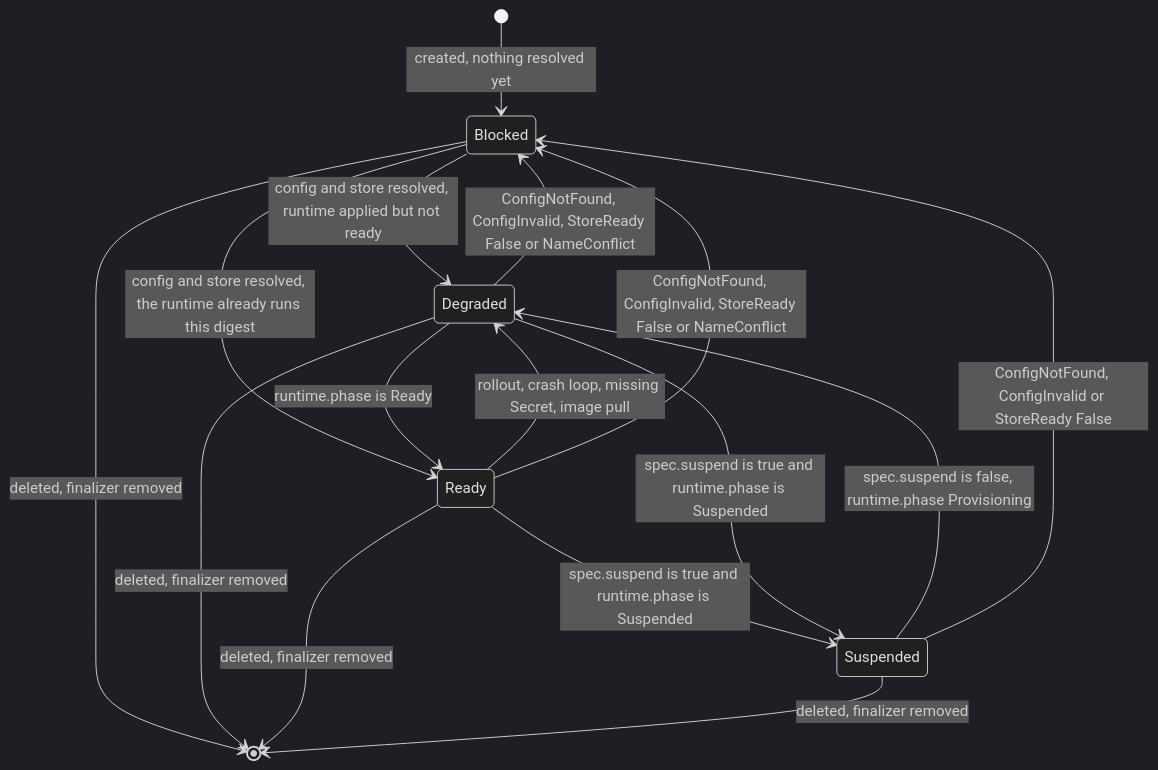
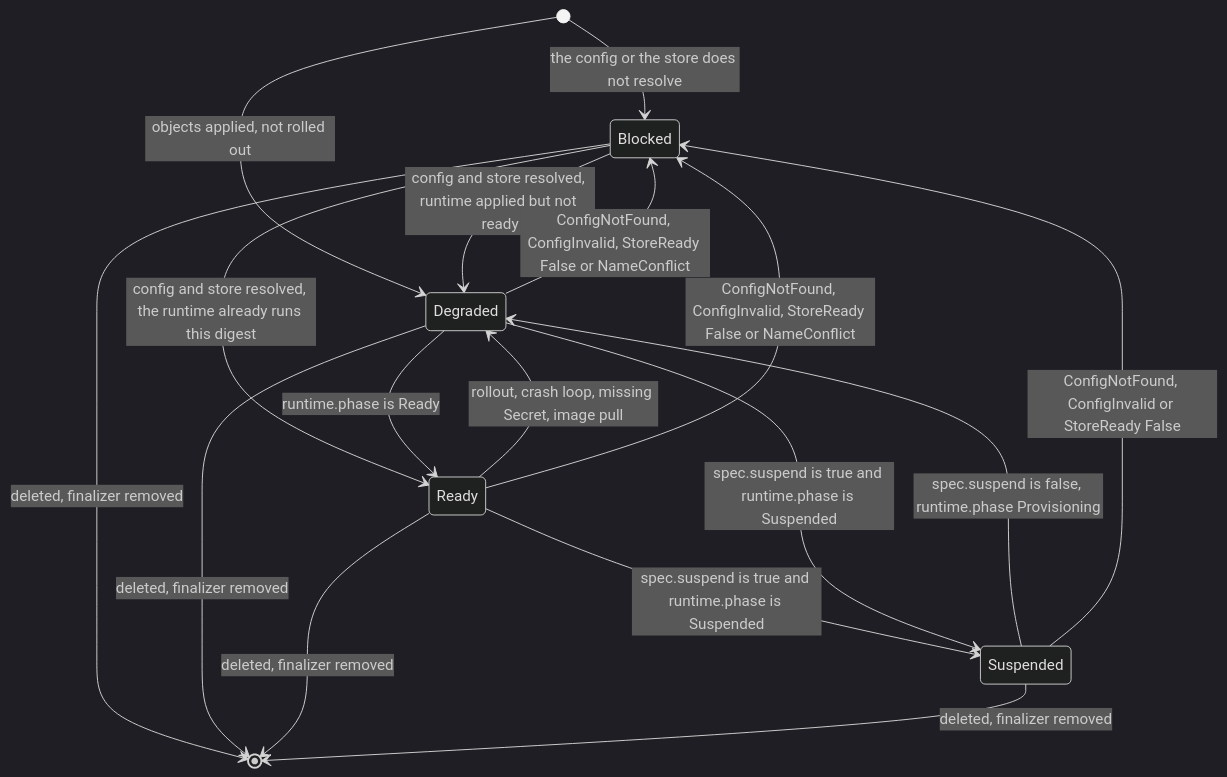
The third of 3 diagrams in crates/adam-operator-controller/README.md (vymalo/another-adam-rs), drawn with Mermaid (dark theme) before and after one commit. The commit also changed other lines of this file and 11 other files, not shown here.

````diff
--- a/crates/adam-operator-controller/README.md
+++ b/crates/adam-operator-controller/README.md
@@ -110,18 +110,19 @@
 ```mermaid
 stateDiagram-v2
-    [*] --> Blocked: created, nothing resolved yet
+    [*] --> Blocked: the config or the store does not resolve
+    [*] --> Degraded: objects applied, not rolled out
     Blocked --> Degraded: config and store resolved, runtime applied but not ready
     Blocked --> Ready: config and store resolved, the runtime already runs this digest
     Degraded --> Ready: runtime.phase is Ready
     Ready --> Degraded: rollout, crash loop, missing Secret, image pull
     Ready --> Blocked: ConfigNotFound, ConfigInvalid, StoreReady False or NameConflict
     Degraded --> Blocked: ConfigNotFound, ConfigInvalid, StoreReady False or NameConflict
     Ready --> Suspended: spec.suspend is true and runtime.phase is Suspended
     Degraded --> Suspended: spec.suspend is true and runtime.phase is Suspended
     Suspended --> Degraded: spec.suspend is false, runtime.phase Provisioning
     Suspended --> Blocked: ConfigNotFound, ConfigInvalid or StoreReady False
     Blocked --> [*]: deleted, finalizer removed
     Degraded --> [*]: deleted, finalizer removed
     Ready --> [*]: deleted, finalizer removed
     Suspended --> [*]: deleted, finalizer removed
 ```
````
